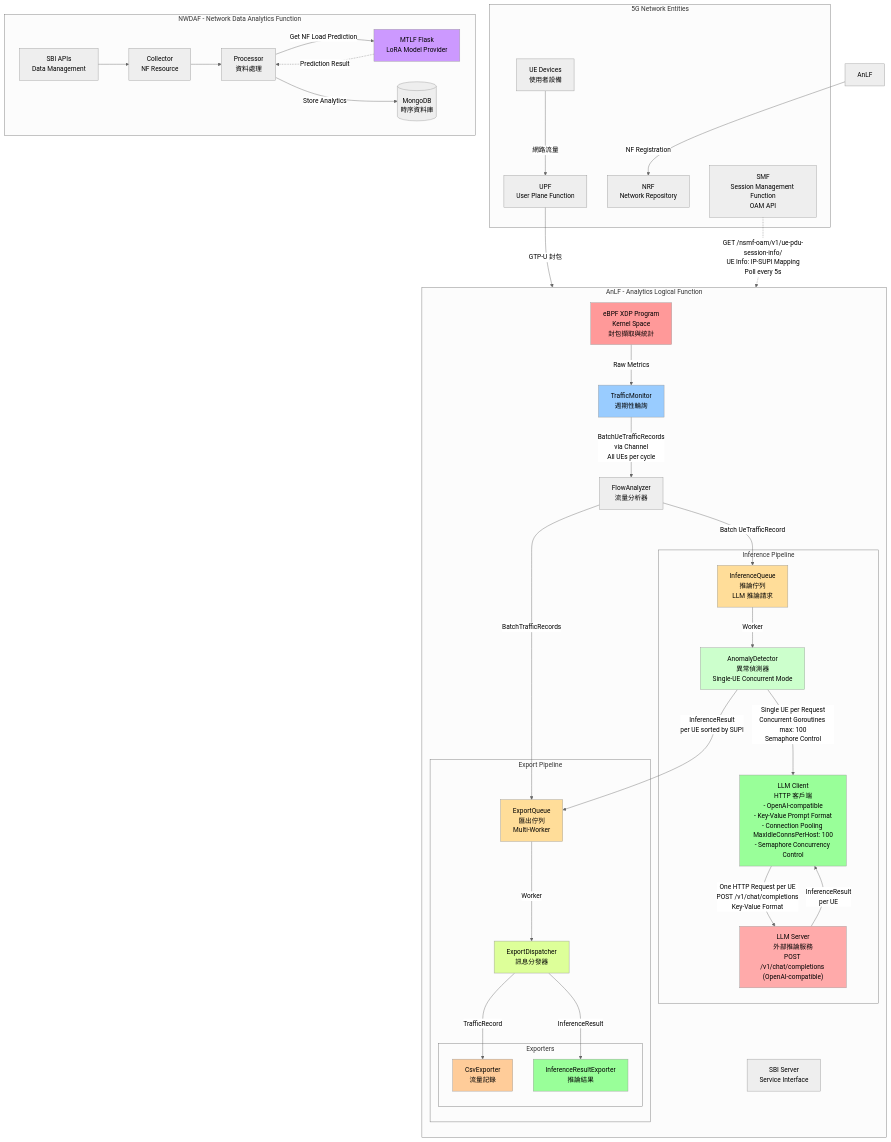
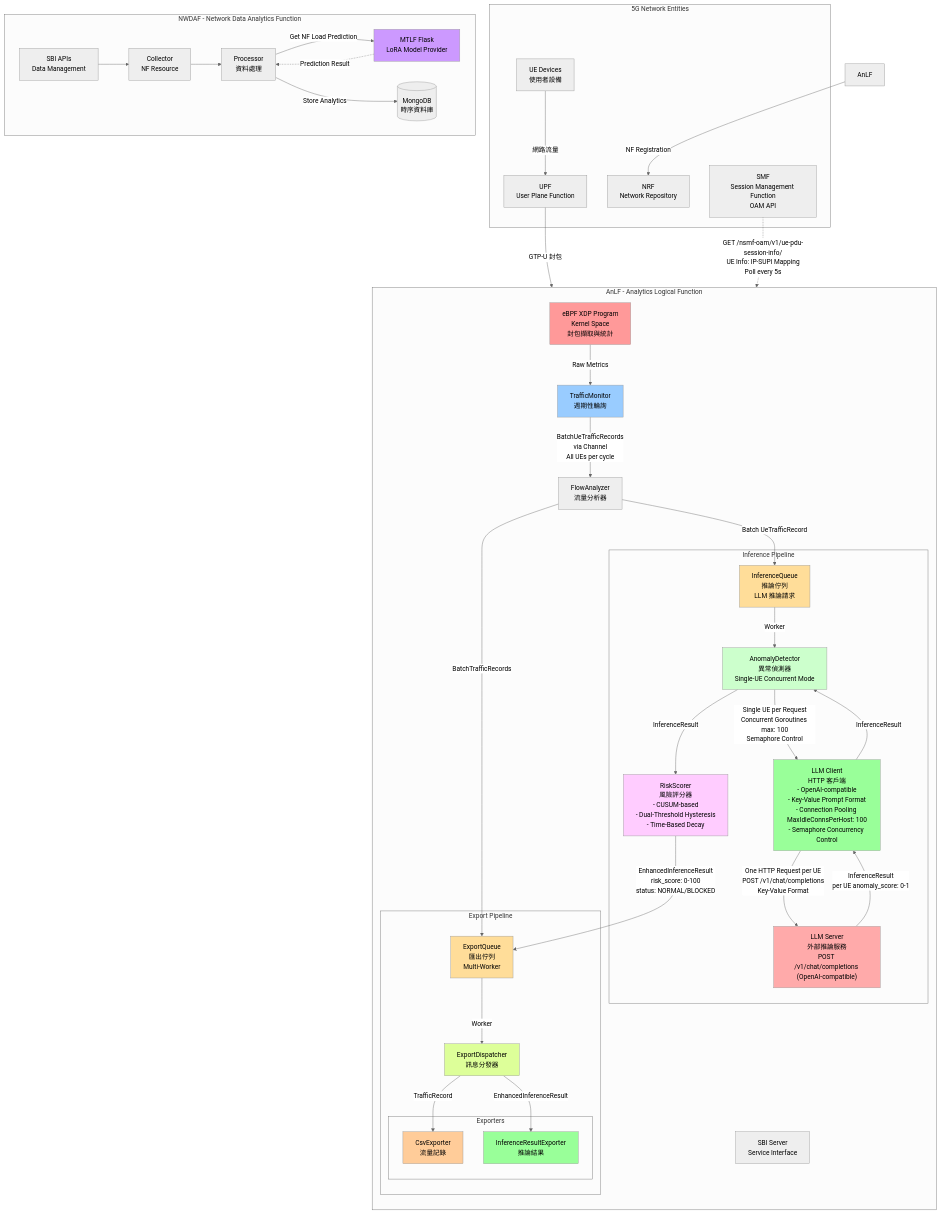
The first of 8 diagrams in docs/architecture.md (ian-cs12-NYCU/AnLF), drawn with Mermaid before and after one commit. The commit also changed other lines of this file and 11 other files, not shown here.

```diff
--- a/docs/architecture.md
+++ b/docs/architecture.md
@@ -23,6 +23,7 @@
             Detector[AnomalyDetector<br/>異常偵測器<br/>Single-UE Concurrent Mode]
             LLMClient[LLM Client<br/>HTTP 客戶端<br/>- OpenAI-compatible<br/>- Key-Value Prompt Format<br/>- Connection Pooling MaxIdleConnsPerHost: 100<br/>- Semaphore Concurrency Control]
             LLMServer["LLM Server<br/>外部推論服務<br/>POST /v1/chat/completions (OpenAI-compatible)"]
+            RiskScorer[RiskScorer<br/>風險評分器<br/>- CUSUM-based<br/>- Dual-Threshold Hysteresis<br/>- Time-Based Decay]
         end
         
         subgraph "Export Pipeline"
@@ -59,12 +60,14 @@
     InfQueue -->|Worker| Detector
     Detector -->|Single UE per Request<br/>Concurrent Goroutines max: 100<br/>Semaphore Control| LLMClient
     LLMClient -->|One HTTP Request per UE<br/>POST /v1/chat/completions<br/>Key-Value Format| LLMServer
-    LLMServer -->|InferenceResult<br/>per UE| LLMClient
-    Detector -->|InferenceResult<br/>per UE sorted by SUPI| ExpQueue
+    LLMServer -->|InferenceResult<br/>per UE anomaly_score: 0-1| LLMClient
+    LLMClient -->|InferenceResult| Detector
+    Detector -->|InferenceResult| RiskScorer
+    RiskScorer -->|EnhancedInferenceResult<br/>risk_score: 0-100<br/>status: NORMAL/BLOCKED| ExpQueue
     
     ExpQueue -->|Worker| Dispatcher
     Dispatcher -->|TrafficRecord| CSV
-    Dispatcher -->|InferenceResult| InfExp
+    Dispatcher -->|EnhancedInferenceResult| InfExp
     
     AnLF -->|NF Registration| NRF
     
@@ -79,6 +82,7 @@
     style InfQueue fill:#ffdd99
     style Detector fill:#ccffcc
     style LLMClient fill:#99ff99
+    style RiskScorer fill:#ffccff
     style ExpQueue fill:#ffdd99
     style Dispatcher fill:#ddff99
     style CSV fill:#ffcc99
```
